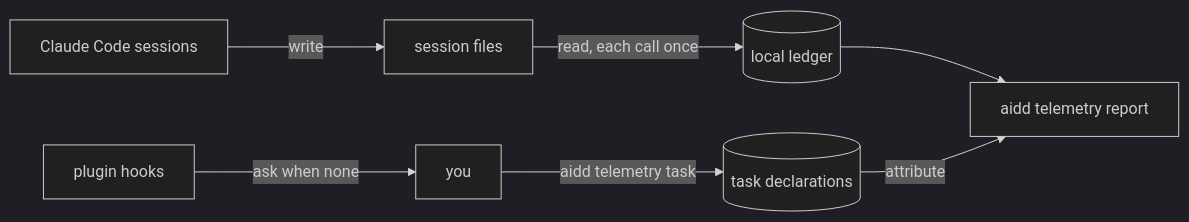
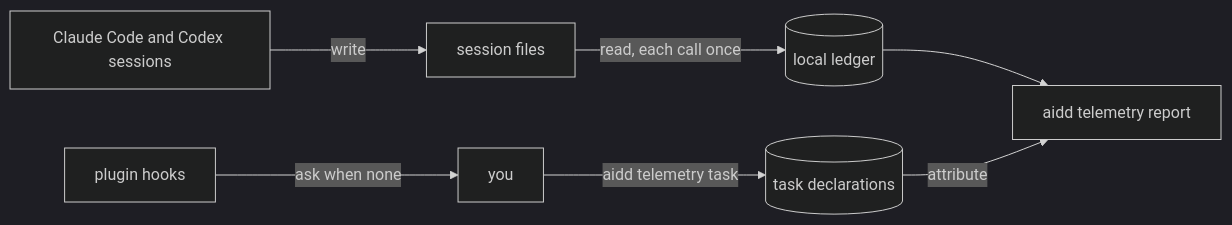
One commit to BlandineRdl/framework changed the diagram in plugins/aidd-telemetry/README.md. Above: the diagram before and after it, drawn with Mermaid (dark theme). The commit also changed other lines of this file and 54 other files, not shown here.

First line of the commit message:
feat(telemetry): measure codex from its own session files (#1057)

````diff
--- a/plugins/aidd-telemetry/README.md
+++ b/plugins/aidd-telemetry/README.md
@@ -11,9 +11,9 @@
 ```mermaid
 flowchart LR
-  Claude["Claude Code sessions"] -->|"write"| Files["session files"]
+  Claude["Claude Code and Codex sessions"] -->|"write"| Files["session files"]
   Files -->|"read, each call once"| Ledger[("local ledger")]
   You["you"] -->|"aidd telemetry task"| Tasks[("task declarations")]
   Hooks["plugin hooks"] -->|"ask when none"| You
   Ledger --> Report["aidd telemetry report"]
   Tasks -->|"attribute"| Report
 ```
````
